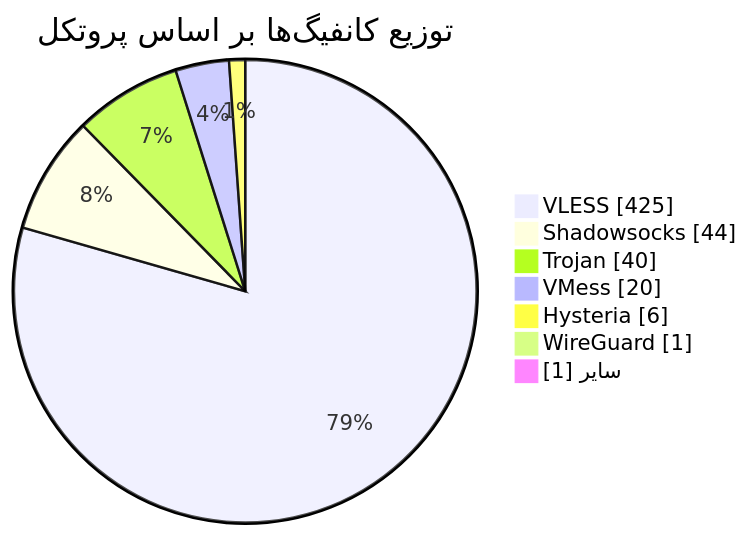
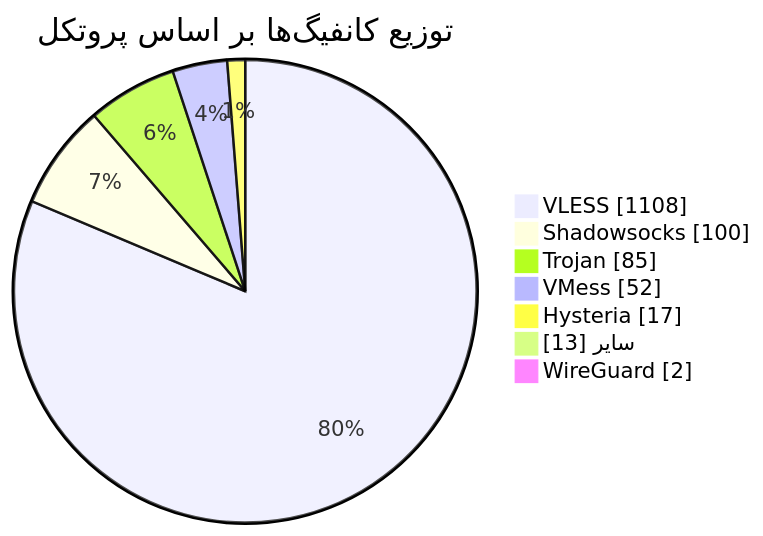
The diagram in README.md (Arian-Alijani/Somthing), drawn with Mermaid before and after one commit. The commit also changed other lines of this file and 115 other files, not shown here.

````diff
--- a/README.md
+++ b/README.md
@@ -49,11 +49,11 @@
 ```mermaid
 pie showData
     title توزیع کانفیگ‌ها بر اساس پروتکل
-    "VLESS" : 425
-    "Shadowsocks" : 44
-    "Trojan" : 40
-    "VMess" : 20
-    "Hysteria" : 6
-    "WireGuard" : 1
-    "سایر" : 1
+    "VLESS" : 1108
+    "Shadowsocks" : 100
+    "Trojan" : 85
+    "VMess" : 52
+    "Hysteria" : 17
+    "سایر" : 13
+    "WireGuard" : 2
 ```
````
